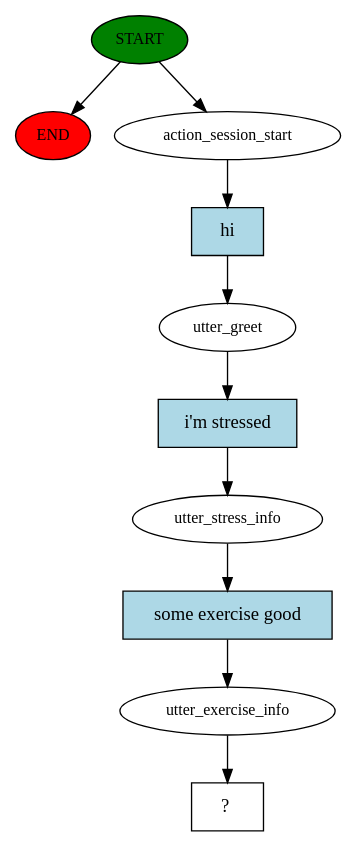
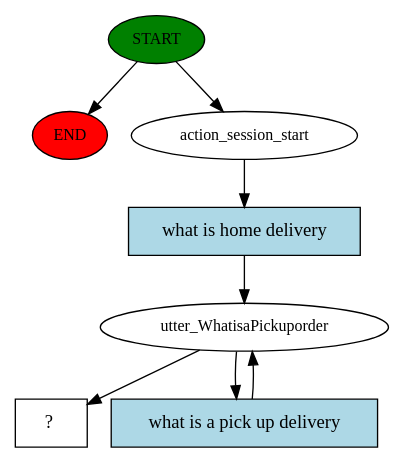
The diagram in rasa/story_graph.dot (adyanehtesham/faq-bot), drawn with Graphviz before and after one commit. The commit also changed 4 other files, not shown here.

```diff
--- a/rasa/story_graph.dot
+++ b/rasa/story_graph.dot
@@ -1,21 +1,16 @@
 digraph  {
 0 [class="start active", fillcolor=green, fontsize=12, label=START, style=filled];
 "-1" [class=end, fillcolor=red, fontsize=12, label=END, style=filled];
 1 [class=active, fontsize=12, label=action_session_start];
-2 [class=active, fontsize=12, label=utter_greet];
-3 [class=active, fontsize=12, label=utter_stress_info];
-4 [class=active, fontsize=12, label=utter_exercise_info];
-5 [class="intent dashed active", label="  ?  ", shape=rect];
-6 [class="intent active", fillcolor=lightblue, label=hi, shape=rect, style=filled];
-7 [class="intent active", fillcolor=lightblue, label="i'm stressed", shape=rect, style=filled];
-8 [class="intent active", fillcolor=lightblue, label="some exercise good", shape=rect, style=filled];
+2 [class=active, fontsize=12, label=utter_WhatisaPickuporder];
+4 [class="intent dashed active", label="  ?  ", shape=rect];
+5 [class="intent active", fillcolor=lightblue, label="what is home delivery", shape=rect, style=filled];
+6 [class="intent active", fillcolor=lightblue, label="what is a pick up delivery", shape=rect, style=filled];
 0 -> "-1"  [class="", key=NONE, label=""];
 0 -> 1  [class=active, key=NONE, label=""];
-1 -> 6  [class=active, key=0];
-2 -> 7  [class=active, key=0];
-3 -> 8  [class=active, key=0];
-4 -> 5  [class=active, key=NONE, label=""];
+1 -> 5  [class=active, key=0];
+2 -> 4  [class=active, key=NONE, label=""];
+2 -> 6  [class=active, key=0];
+5 -> 2  [class=active, key=0];
 6 -> 2  [class=active, key=0];
-7 -> 3  [class=active, key=0];
-8 -> 4  [class=active, key=0];
 }
```
